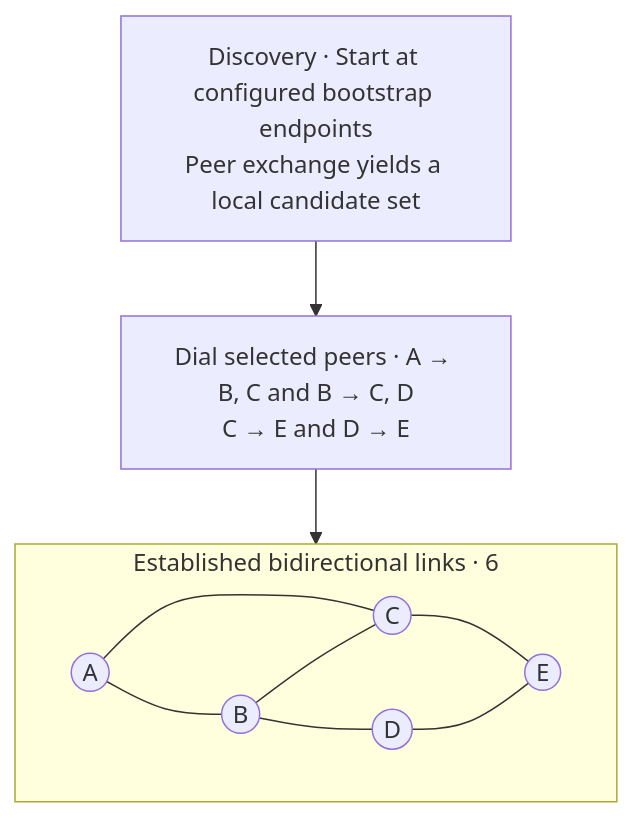
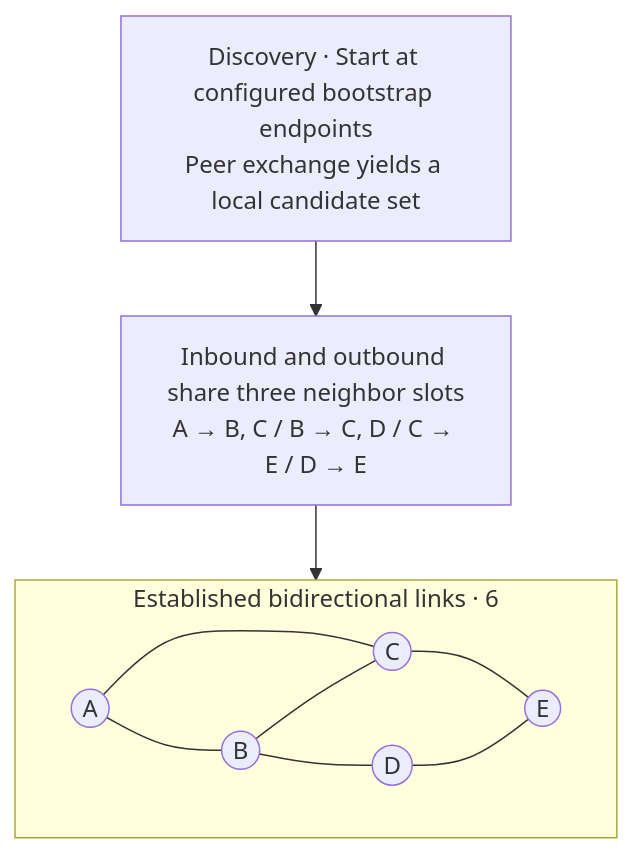
The seventh of 9 diagrams in docs/research/network-groups.en.md (arcships/rutis-network), drawn with Mermaid before and after one commit. The commit also changed other lines of this file and 1 other file, not shown here.

Commit message:
docs(research): clarify mesh dial ownership and neighbor limits

````diff
--- a/docs/research/network-groups.en.md
+++ b/docs/research/network-groups.en.md
@@ -191,14 +195,14 @@
 ```mermaid
 flowchart TB
-    source["Discovery · Start at configured bootstrap endpoints<br/>Peer exchange yields a local candidate set"] --> dial["Dial selected peers · A → B, C and B → C, D<br/>C → E and D → E"]
+    source["Discovery · Start at configured bootstrap endpoints<br/>Peer exchange yields a local candidate set"] --> dial["Inbound and outbound share three neighbor slots<br/>A → B, C / B → C, D / C → E / D → E"]
     dial --> links
     subgraph links["Established bidirectional links · 6"]
         direction LR
         A((A)) --- B((B))
         A --- C((C))
         B --- C
         B --- D((D))
         C --- E((E))
         D --- E
     end
 ```
````
